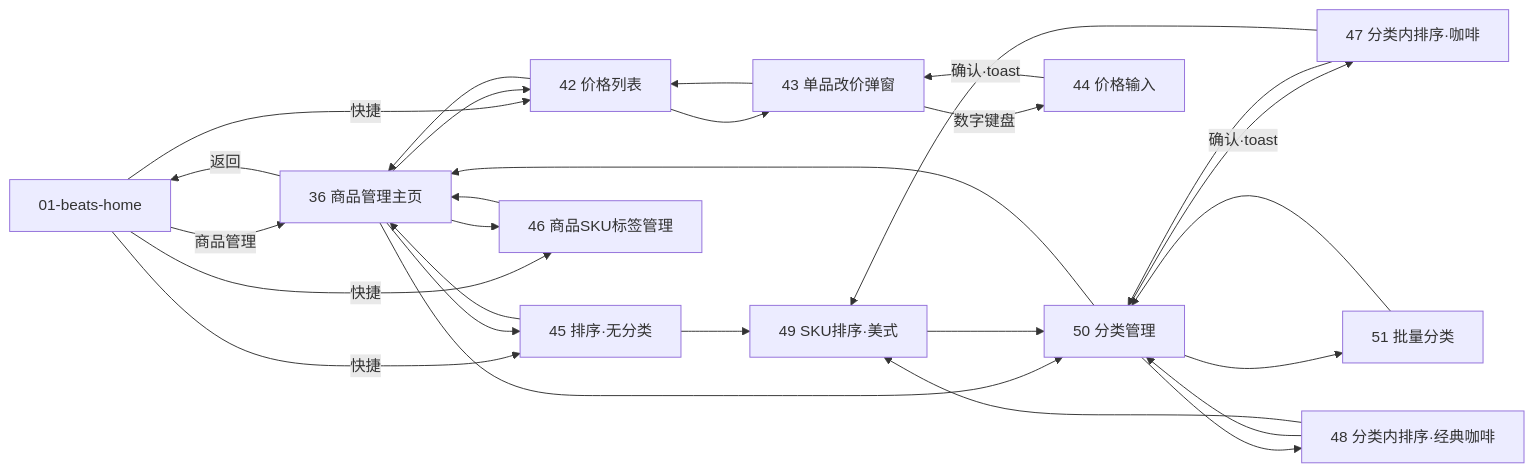
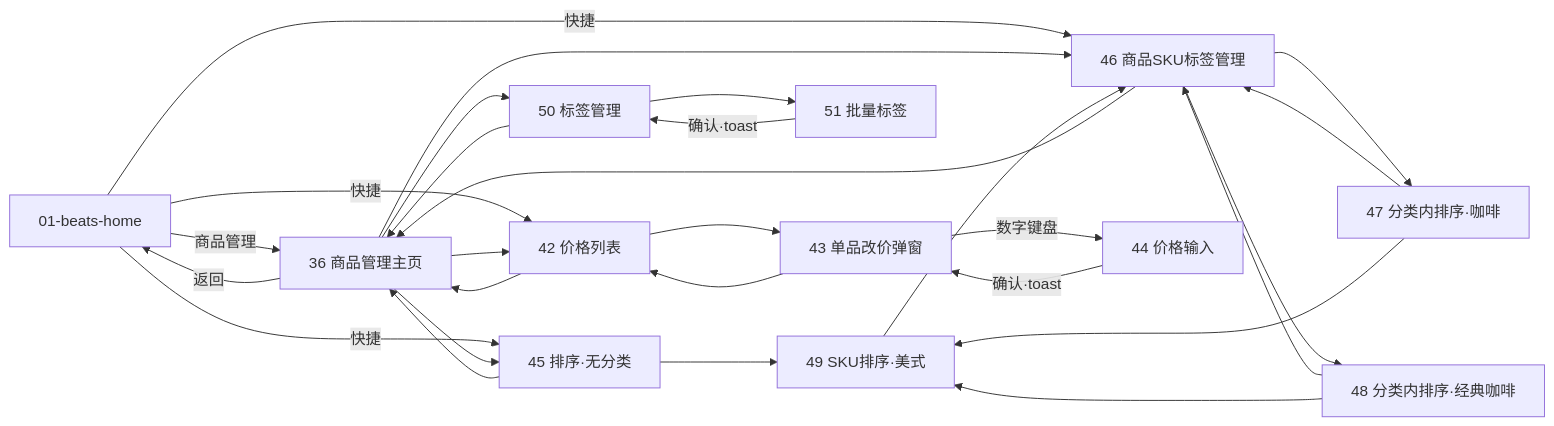
The second of 5 diagrams in 架构与页面逻辑.md (nicozhan/iot-android-screen), drawn with Mermaid before and after one commit. The commit also changed other lines of this file and 9 other files, not shown here.

````diff
--- a/架构与页面逻辑.md
+++ b/架构与页面逻辑.md
@@ -79,34 +79,34 @@
 ```mermaid
 graph LR
   HOME[01-beats-home] -->|商品管理| P36[36 商品管理主页]
   HOME -->|快捷| P42[42 价格列表]
   HOME -->|快捷| P45[45 排序·无分类]
   HOME -->|快捷| P46[46 商品SKU标签管理]
 
   P36 -->|返回| HOME
   P36 --> P42
   P36 --> P45
   P36 --> P46
-  P36 --> P50[50 分类管理]
+  P36 --> P50[50 标签管理]
 
   P42 --> P36
   P42 --> P43[43 单品改价弹窗]
   P43 --> P42
   P43 -->|数字键盘| P44[44 价格输入]
   P44 -->|确认·toast| P43
 
   P46 --> P36
   P45 --> P36
   P45 --> P49[49 SKU排序·美式]
   P50 --> P36
-  P50 --> P47[47 分类内排序·咖啡]
-  P50 --> P48[48 分类内排序·经典咖啡]
-  P47 --> P50
+  P46 --> P47[47 分类内排序·咖啡]
+  P46 --> P48[48 分类内排序·经典咖啡]
+  P47 --> P46
   P47 --> P49
-  P48 --> P50
+  P48 --> P46
   P48 --> P49
-  P49 --> P50
+  P49 --> P46
 
-  P50 --> P51[51 批量分类]
+  P50 --> P51[51 批量标签]
   P51 -->|确认·toast| P50
 ```
````
